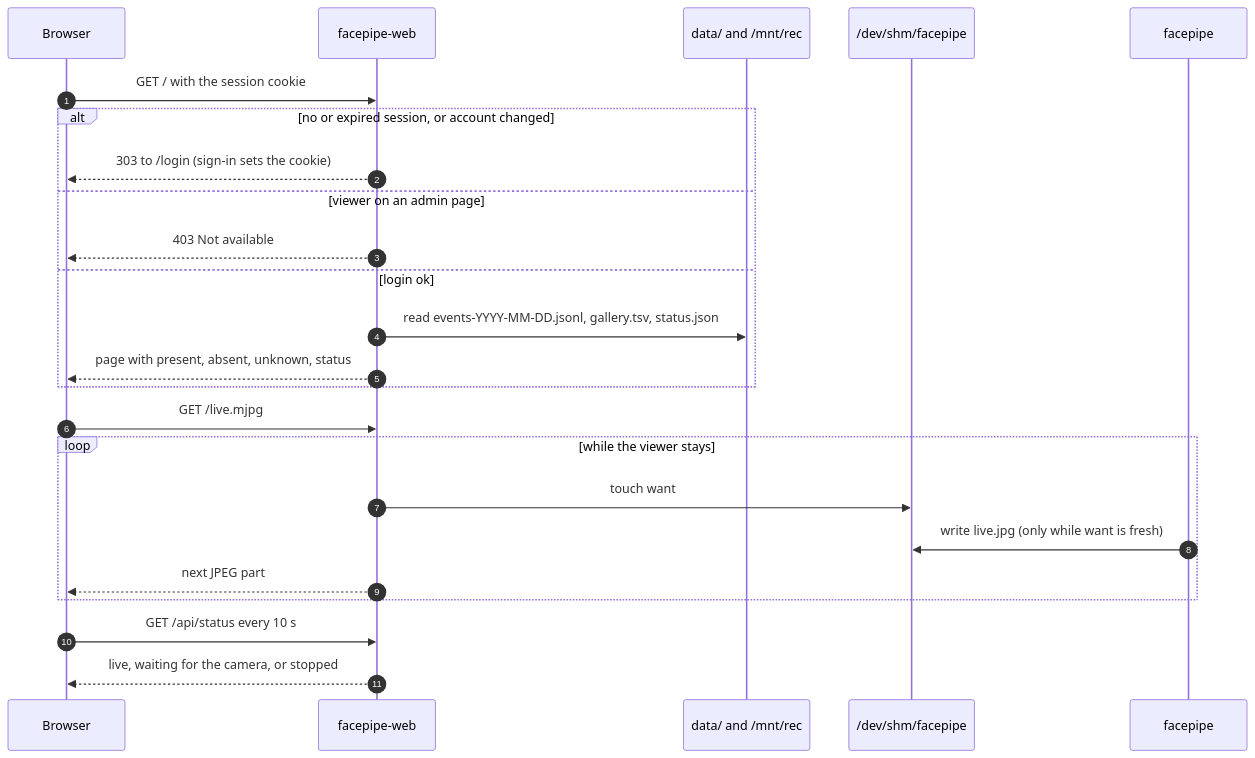
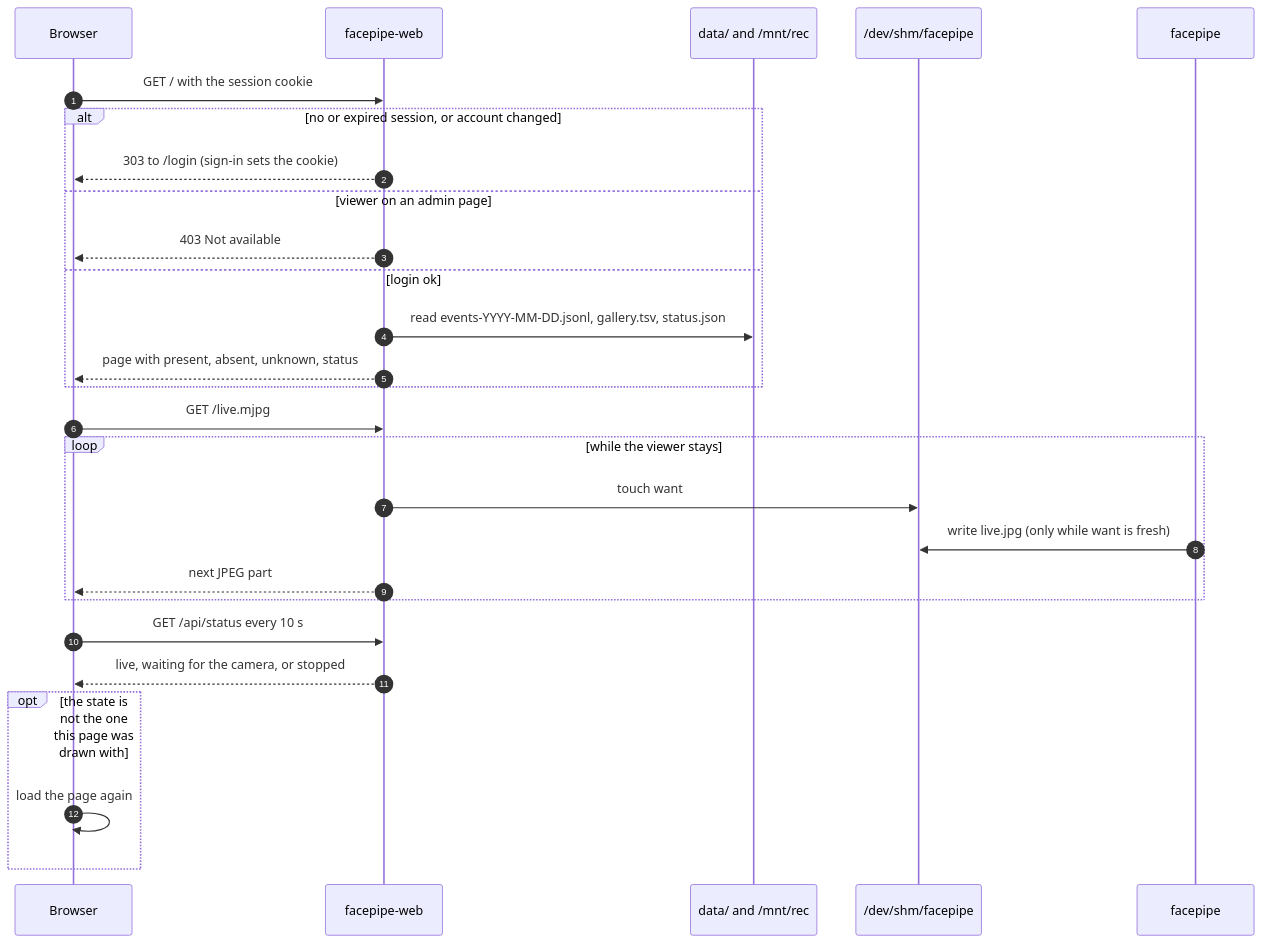
Before and after one commit to hamza-aziz-ai/Jetson-Nano-Face-Recognition-Attendance-System: the third of 6 diagrams in docs/FLOW.md, drawn with Mermaid. The commit also changed other lines of this file and 8 other files, not shown here.

````diff
--- a/docs/FLOW.md
+++ b/docs/FLOW.md
@@ -88,26 +88,29 @@
 ```mermaid
 sequenceDiagram
   autonumber
   participant B as Browser
   participant W as facepipe-web
   participant D as data/ and /mnt/rec
   participant S as /dev/shm/facepipe
   participant F as facepipe
   B->>W: GET / with the session cookie
   alt no or expired session, or account changed
     W-->>B: 303 to /login (sign-in sets the cookie)
   else viewer on an admin page
     W-->>B: 403 Not available
   else login ok
     W->>D: read events-YYYY-MM-DD.jsonl, gallery.tsv, status.json
     W-->>B: page with present, absent, unknown, status
   end
   B->>W: GET /live.mjpg
   loop while the viewer stays
     W->>S: touch want
     F->>S: write live.jpg (only while want is fresh)
     W-->>B: next JPEG part
   end
   B->>W: GET /api/status every 10 s
   W-->>B: live, waiting for the camera, or stopped
+  opt the state is not the one this page was drawn with
+    B->>B: load the page again
+  end
 ```
````
